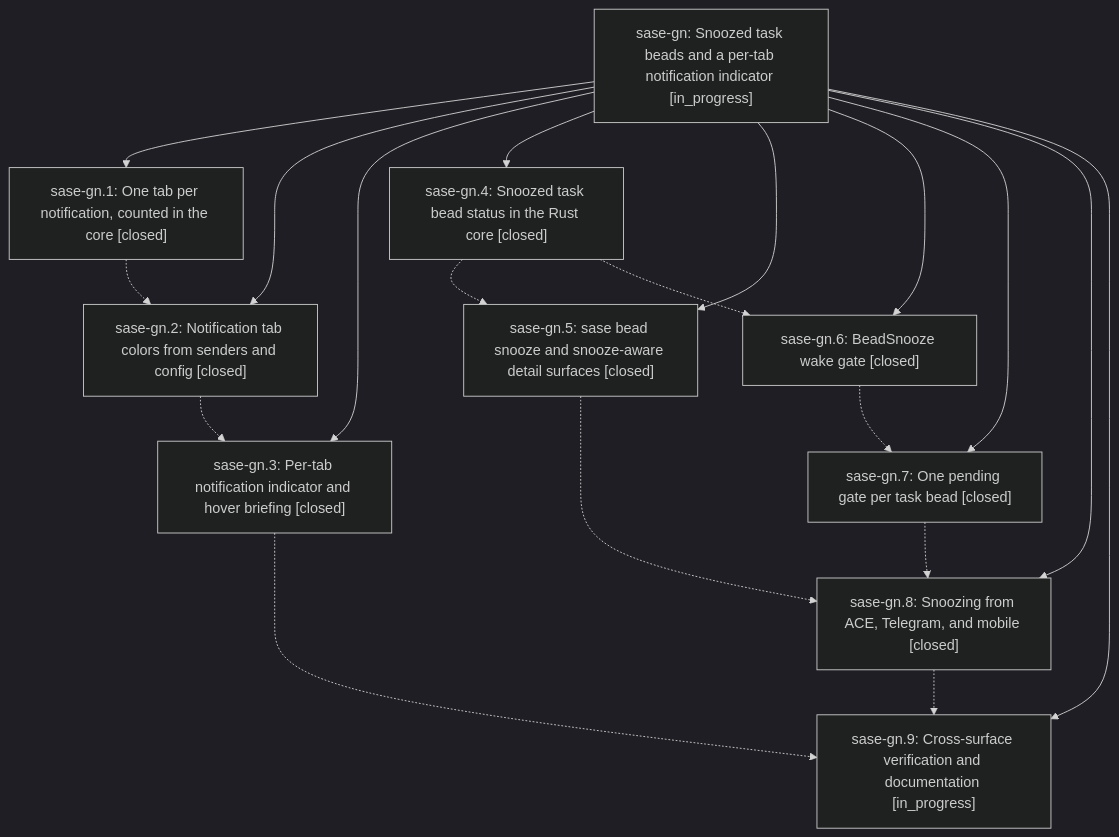
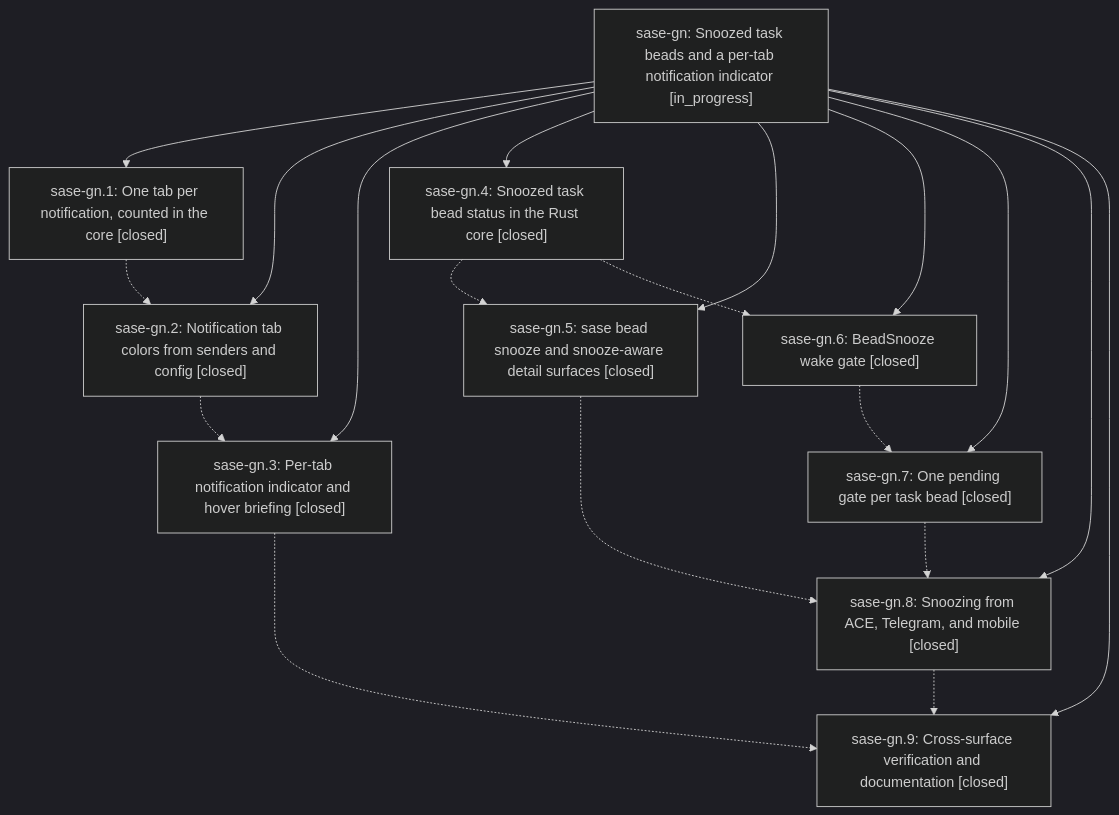
One commit to sase-org/sase--beads changed the diagram in pages/sase-gn/README.md. Above: the diagram before and after it, drawn with Mermaid (dark theme). The commit also changed other lines of this file and 3 other files, not shown here.

````diff
--- a/pages/sase-gn/README.md
+++ b/pages/sase-gn/README.md
@@ -34,31 +50,31 @@
 ```mermaid
 flowchart TD
     n0["sase-gn: Snoozed task beads and a per-tab notification indicator [in_progress]"]
     n1["sase-gn.1: One tab per notification, counted in the core [closed]"]
     n2["sase-gn.2: Notification tab colors from senders and config [closed]"]
     n3["sase-gn.3: Per-tab notification indicator and hover briefing [closed]"]
     n4["sase-gn.4: Snoozed task bead status in the Rust core [closed]"]
     n5["sase-gn.5: sase bead snooze and snooze-aware detail surfaces [closed]"]
     n6["sase-gn.6: BeadSnooze wake gate [closed]"]
     n7["sase-gn.7: One pending gate per task bead [closed]"]
     n8["sase-gn.8: Snoozing from ACE, Telegram, and mobile [closed]"]
-    n9["sase-gn.9: Cross-surface verification and documentation [in_progress]"]
+    n9["sase-gn.9: Cross-surface verification and documentation [closed]"]
     n0 --> n1
     n0 --> n2
     n0 --> n3
     n0 --> n4
     n0 --> n5
     n0 --> n6
     n0 --> n7
     n0 --> n8
     n0 --> n9
     n1 -.-> n2
     n2 -.-> n3
     n3 -.-> n9
     n4 -.-> n5
     n4 -.-> n6
     n5 -.-> n8
     n6 -.-> n7
     n7 -.-> n8
     n8 -.-> n9
 ```
````
